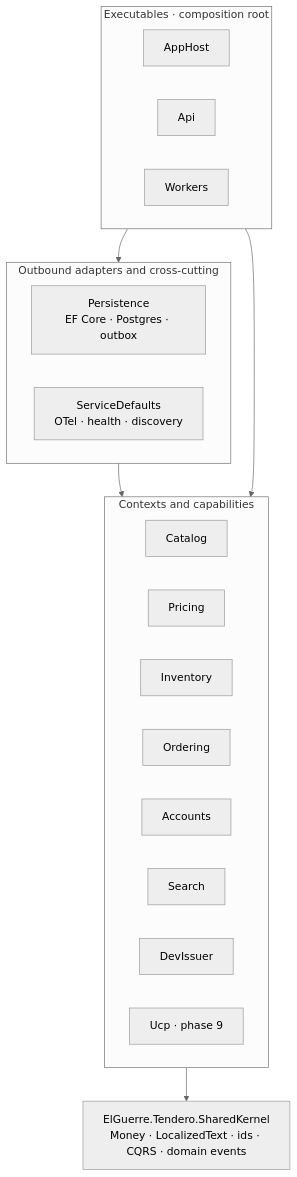
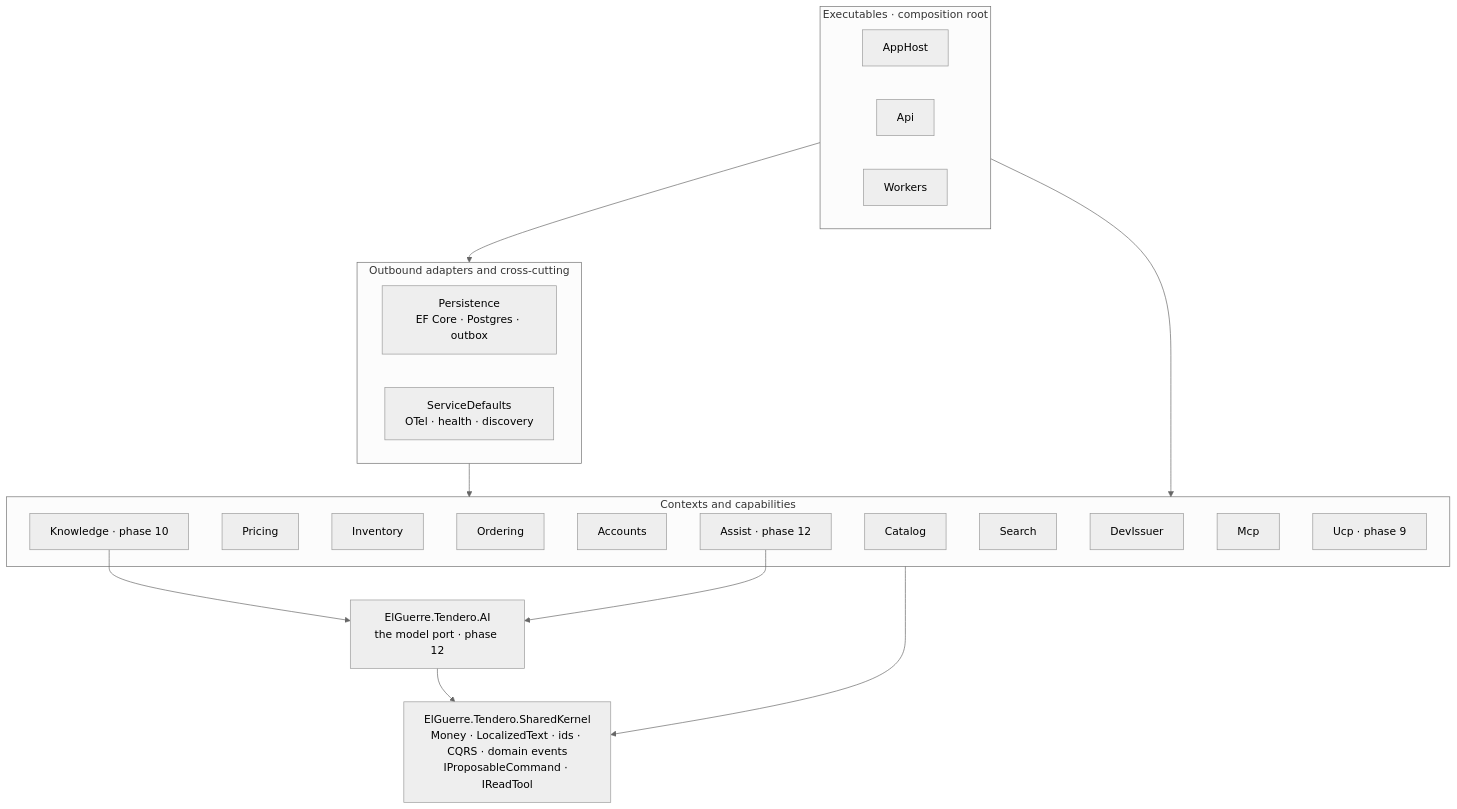
One commit to juanluelguerre/tendero changed the fifth of 5 diagrams in docs/architecture.md. Above: the diagram before and after it, drawn with Mermaid (neutral theme). The commit also changed other lines of this file and 5 other files, not shown here.

First line of the commit message:
docs: phase 12 closed — ADR 0019, the architecture in the README, Stryker's baselines and the captures

````diff
--- a/docs/architecture.md
+++ b/docs/architecture.md
@@ -396,25 +428,32 @@
 ```mermaid
 flowchart TB
     subgraph Exec [Executables · composition root]
         AH[AppHost]
         APIP[Api]
         WKP[Workers]
     end
     subgraph Adapters [Outbound adapters and cross-cutting]
         PER[Persistence<br/>EF Core · Postgres · outbox]
         SD[ServiceDefaults<br/>OTel · health · discovery]
     end
     subgraph Ctx [Contexts and capabilities]
         C[Catalog]
         P[Pricing]
         I[Inventory]
         O[Ordering]
         A[Accounts]
+        K[Knowledge · phase 10]
+        AS[Assist · phase 12]
         S[Search]
         D[DevIssuer]
+        M[Mcp]
         U[Ucp · phase 9]
     end
-    SK[ElGuerre.Tendero.SharedKernel<br/>Money · LocalizedText · ids · CQRS · domain events]
+    AI[ElGuerre.Tendero.AI<br/>the model port · phase 12]
+    SK[ElGuerre.Tendero.SharedKernel<br/>Money · LocalizedText · ids · CQRS · domain events<br/>IProposableCommand · IReadTool]
     Exec --> Adapters --> Ctx --> SK
     Exec --> Ctx
+    K --> AI
+    AS --> AI
+    AI --> SK
 ```
````
